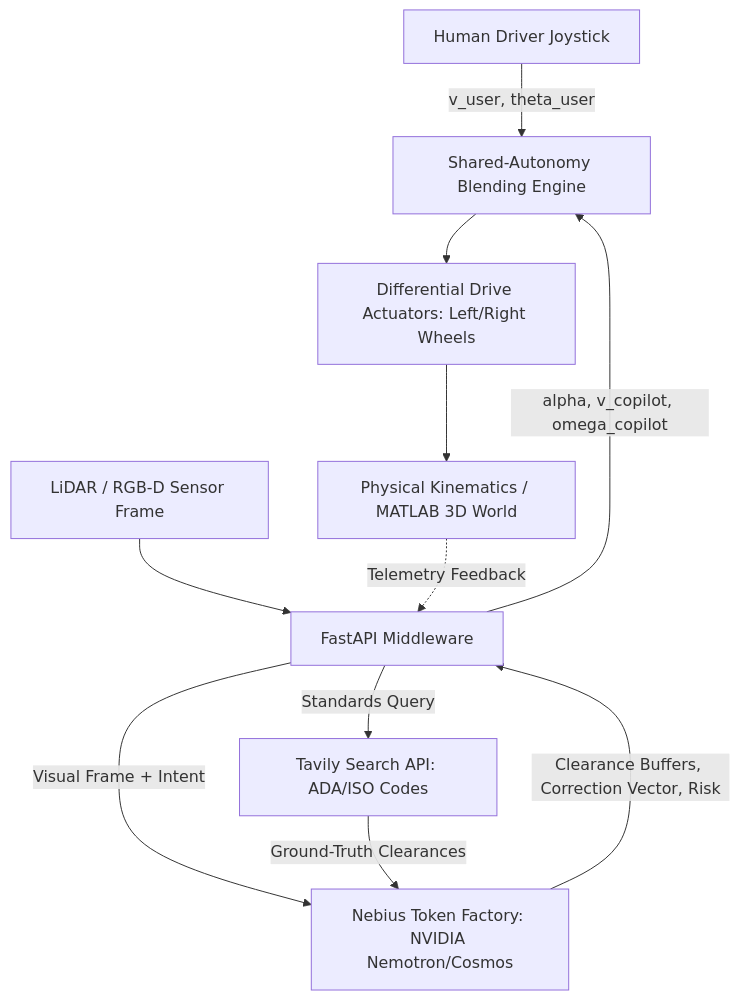
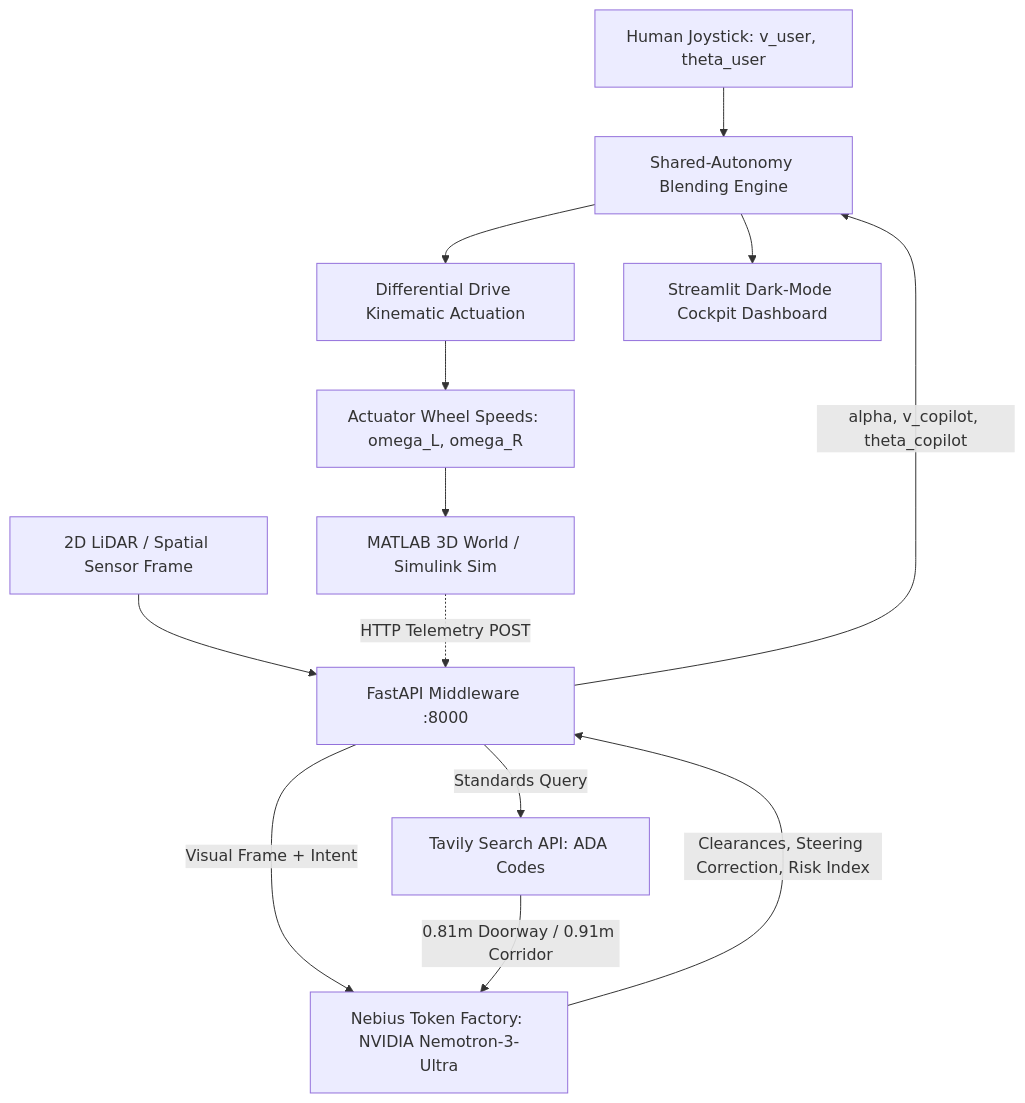
The diagram in README.md (THISHA-SAMPATH/WAYLO), drawn with Mermaid before and after one commit. The commit also changed other lines of this file, not shown here.

````diff
--- a/README.md
+++ b/README.md
@@ -140,13 +91,15 @@
 ```mermaid
 graph TD
-    User[Human Driver Joystick] -->|v_user, theta_user| Blend[Shared-Autonomy Blending Engine]
-    Perception[LiDAR / RGB-D Sensor Frame] --> Backend[FastAPI Middleware]
-    Backend -->|Visual Frame + Intent| Nebius[Nebius Token Factory: NVIDIA Nemotron/Cosmos]
-    Backend -->|Standards Query| Tavily[Tavily Search API: ADA/ISO Codes]
-    Tavily -->|Ground-Truth Clearances| Nebius
-    Nebius -->|Clearance Buffers, Correction Vector, Risk| Backend
-    Backend -->|alpha, v_copilot, omega_copilot| Blend
-    Blend --> Actuators[Differential Drive Actuators: Left/Right Wheels]
-    Actuators --> PhysSim[Physical Kinematics / MATLAB 3D World]
-    PhysSim -.->|Telemetry Feedback| Backend
+    User[Human Joystick: v_user, theta_user] --> Arbitration[Shared-Autonomy Blending Engine]
+    LiDAR[2D LiDAR / Spatial Sensor Frame] --> FastAPI[FastAPI Middleware :8000]
+    FastAPI -->|Visual Frame + Intent| Nebius[Nebius Token Factory: NVIDIA Nemotron-3-Ultra]
+    FastAPI -->|Standards Query| Tavily[Tavily Search API: ADA Codes]
+    Tavily -->|0.81m Doorway / 0.91m Corridor| Nebius
+    Nebius -->|Clearances, Steering Correction, Risk Index| FastAPI
+    FastAPI -->|alpha, v_copilot, theta_copilot| Arbitration
+    Arbitration --> Kinematics[Differential Drive Kinematic Actuation]
+    Kinematics --> Wheels[Actuator Wheel Speeds: omega_L, omega_R]
+    Wheels --> MATLAB[MATLAB 3D World / Simulink Sim]
+    MATLAB -.->|HTTP Telemetry POST| FastAPI
+    Arbitration --> Streamlit[Streamlit Dark-Mode Cockpit Dashboard]
 ```
````
